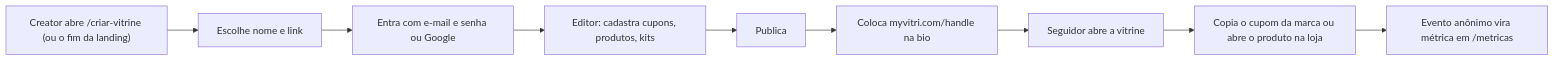
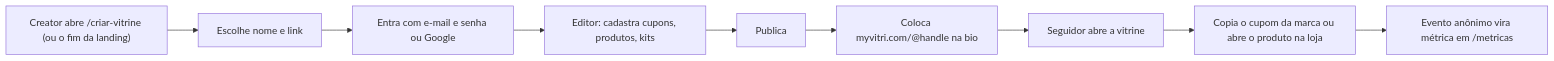
Before and after one commit to estevaons/myvitri: the first of 6 diagrams in docs/architecture.md, drawn with Mermaid. The commit also changed other lines of this file and 63 other files, not shown here.

````diff
--- a/docs/architecture.md
+++ b/docs/architecture.md
@@ -18,11 +18,11 @@
 ```mermaid
 graph LR
     A["Creator abre /criar-vitrine (ou o fim da landing)"] --> B["Escolhe nome e link"]
     B --> C["Entra com e-mail e senha ou Google"]
     C --> D["Editor: cadastra cupons, produtos, kits"]
     D --> E["Publica"]
-    E --> F["Coloca myvitri.com/handle na bio"]
+    E --> F["Coloca myvitri.com/@handle na bio"]
     F --> G["Seguidor abre a vitrine"]
     G --> H["Copia o cupom da marca ou abre o produto na loja"]
     H --> I["Evento anônimo vira métrica em /metricas"]
 ```
````
